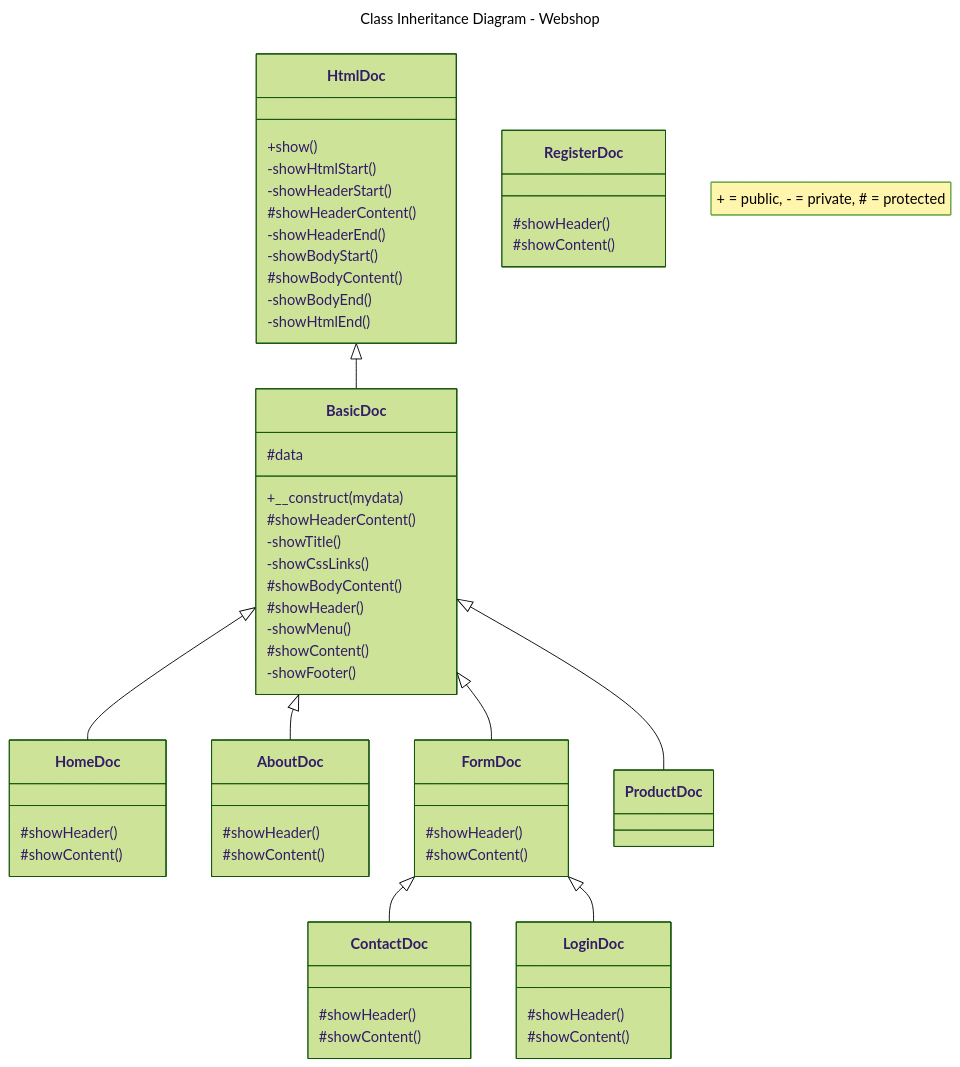
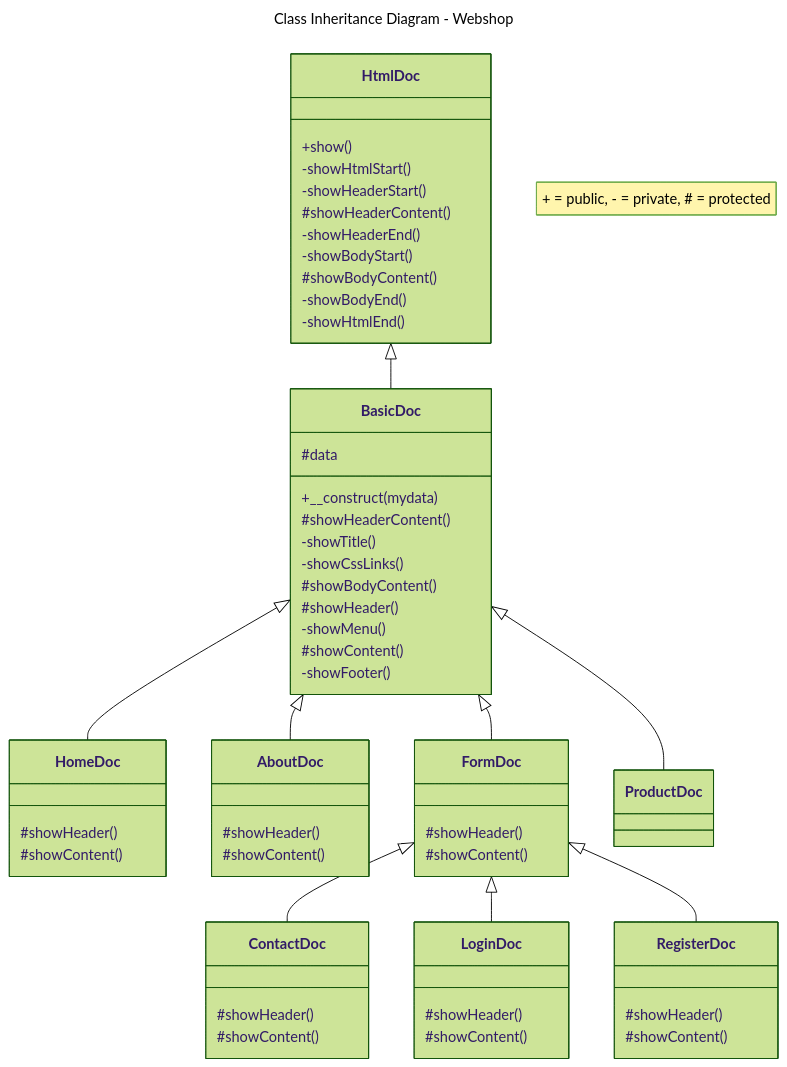
Before and after one commit to JeroenHeemskerk/educom-webshop-oop-1698314724: the diagram in Diagrams/class-inheritance-diagram-webshop.md, drawn with Mermaid (forest theme).

````diff
--- a/Diagrams/class-inheritance-diagram-webshop.md
+++ b/Diagrams/class-inheritance-diagram-webshop.md
@@ -1,66 +1,70 @@
 ```mermaid
 ---
 title: Class Inheritance Diagram - Webshop
 ---
 classDiagram
     note "+ = public, - = private, # = protected"
     %% A <|-- B means that class B inherits from class A %%
     HtmlDoc <|-- BasicDoc
 
     BasicDoc <|-- HomeDoc
     BasicDoc <|-- AboutDoc
     BasicDoc <|-- FormDoc
     BasicDoc <|-- ProductDoc
 
     FormDoc <|-- ContactDoc
     FormDoc <|-- LoginDoc
+    FormDoc <|-- RegisterDoc
+
+
+
 
     class HtmlDoc{
        +show()
        -showHtmlStart()
        -showHeaderStart()
        #showHeaderContent()
        -showHeaderEnd()
        -showBodyStart()
        #showBodyContent()
        -showBodyEnd()
        -showHtmlEnd()
     }
     class BasicDoc{
         #data 
         +__construct(mydata)
         #showHeaderContent()
         -showTitle()
         -showCssLinks()
         #showBodyContent()
         #showHeader()
         -showMenu()
         #showContent()
         -showFooter()
     }
     class HomeDoc{
         #showHeader()
         #showContent()
     }
     class AboutDoc{
         #showHeader()
         #showContent()
     }
     class FormDoc{
         #showHeader()
         #showContent()
     }
     class ContactDoc{
         #showHeader()
         #showContent()
     }
     class LoginDoc{
         #showHeader()
         #showContent()
     }
     class RegisterDoc{
         #showHeader()
         #showContent()
     }
 
 ```
````
